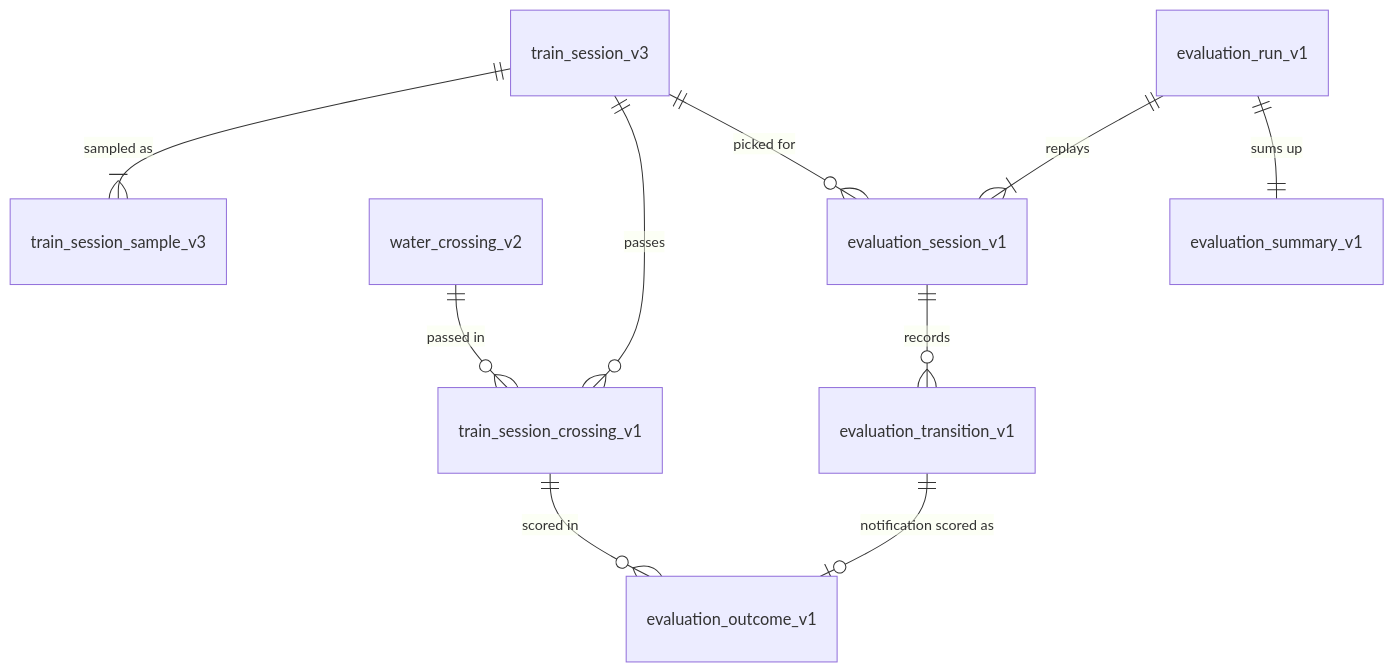
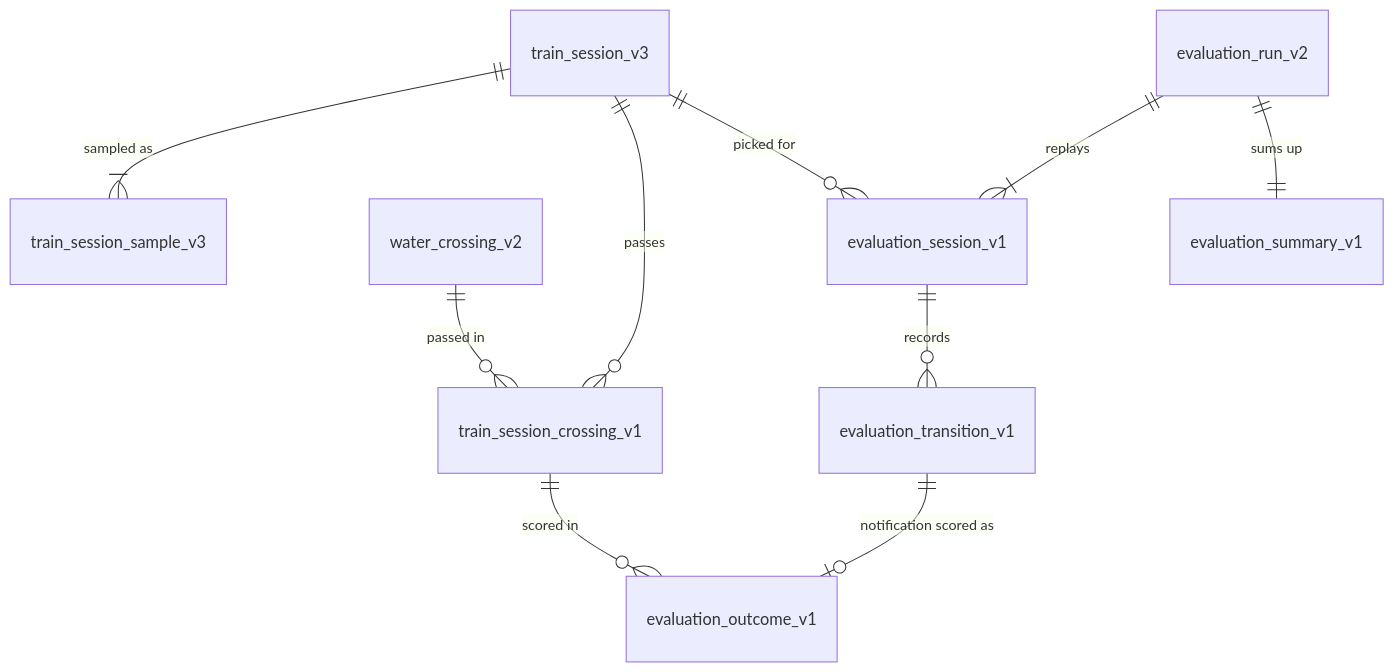
Before and after one commit to mikemoraned/geo: the diagram in apps/lookout/docs/current-slice.md, drawn with Mermaid. The commit also changed other lines of this file and 20 other files, not shown here.

Commit message:
store a run's fingerprints as one map in evaluation_run_v2, listing the fingerprinted datasets once and reading them concurrently, and remove the v1 run from gold

````diff
--- a/apps/lookout/docs/current-slice.md
+++ b/apps/lookout/docs/current-slice.md
@@ -127,12 +127,12 @@
 ```mermaid
 erDiagram
     train_session_v3 ||--|{ train_session_sample_v3 : "sampled as"
     train_session_v3 ||--o{ train_session_crossing_v1 : "passes"
     water_crossing_v2 ||--o{ train_session_crossing_v1 : "passed in"
-    evaluation_run_v1 ||--|{ evaluation_session_v1 : "replays"
+    evaluation_run_v2 ||--|{ evaluation_session_v1 : "replays"
     train_session_v3 ||--o{ evaluation_session_v1 : "picked for"
     evaluation_session_v1 ||--o{ evaluation_transition_v1 : "records"
     evaluation_transition_v1 ||--o| evaluation_outcome_v1 : "notification scored as"
     train_session_crossing_v1 ||--o{ evaluation_outcome_v1 : "scored in"
-    evaluation_run_v1 ||--|| evaluation_summary_v1 : "sums up"
+    evaluation_run_v2 ||--|| evaluation_summary_v1 : "sums up"
 ```
````
